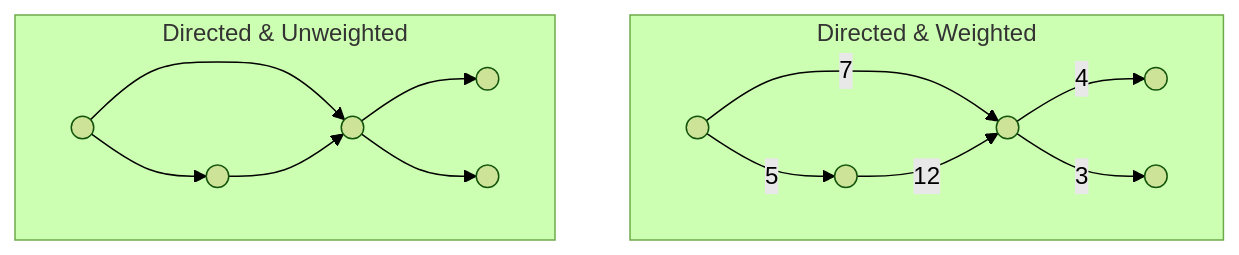
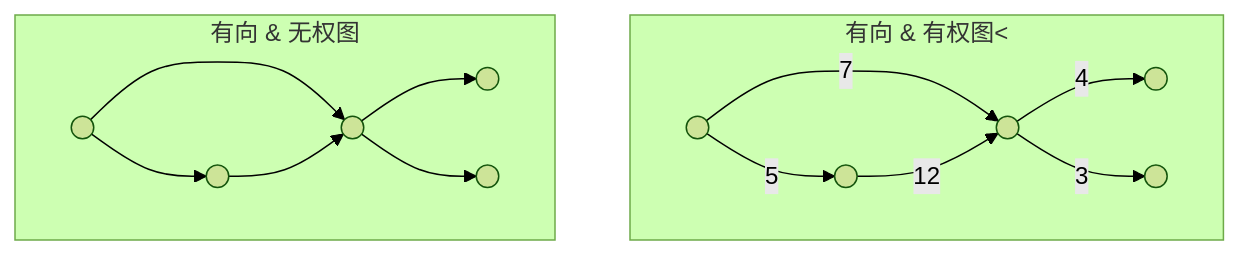
One commit to uncle-yi/uncle-yi.github.io changed the second of 4 diagrams in _posts/2023-01-18-graph-neural-network-basics.md. Above: the diagram before and after it, drawn with Mermaid (forest theme). The commit also changed other lines of this file, not shown here.

````diff
--- a/_posts/2023-01-18-graph-neural-network-basics.md
+++ b/_posts/2023-01-18-graph-neural-network-basics.md
@@ -43,31 +43,31 @@
 ```mermaid
 flowchart TB
 
-subgraph Directed & Weighted
+subgraph "有向 & 有权图<"
 R1(( ))
 R2(( ))
 R3(( ))
 R4(( ))
 R5(( ))
 
 R1--5-->R2
 R1--7-->R3
 R2--12-->R3
 R3--4-->R4
 R3--3-->R5
 end
 
-subgraph Directed & Unweighted
+subgraph "有向 & 无权图"
 L1(( ))
 L2(( ))
 L3(( ))
 L4(( ))
 L5(( ))
 
 L1-->L2
 L1-->L3
 L2-->L3
 L3-->L4
 L3-->L5
 end
 ```
````
